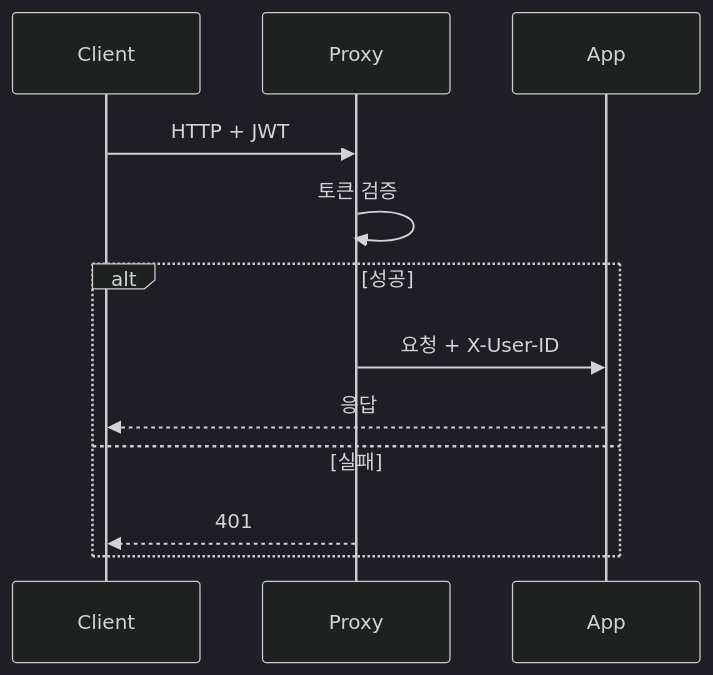
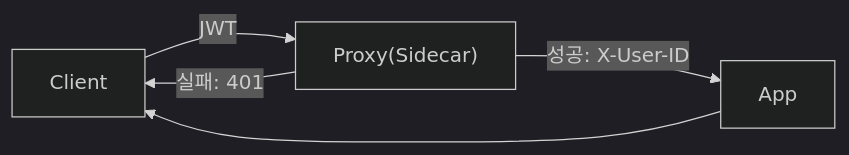
Before and after one commit to yjkim2015/yjkim2015.github.io: the fifth of 8 diagrams in _posts/architecture/2026-05-02-sidecar-pattern.md, drawn with Mermaid (dark theme). The commit also changed 163 other files, not shown here.

First line of the commit message:
Mermaid 300개 블록 내용 축소: 5노드 5엣지 이하, 의미 있는 약어

````diff
--- a/_posts/architecture/2026-05-02-sidecar-pattern.md
+++ b/_posts/architecture/2026-05-02-sidecar-pattern.md
@@ -131,14 +131,7 @@
 ```mermaid
-sequenceDiagram
-    participant C as Client
-    participant P as Proxy
-    participant A as App
-    C->>P: HTTP + JWT
-    P->>P: 토큰 검증
-    alt 성공
-        P->>A: 요청 + X-User-ID
-        A-->>C: 응답
-    else 실패
-        P-->>C: 401
-    end
+graph LR
+    C["Client"] -->|"JWT"| P["Proxy(Sidecar)"]
+    P -->|"성공: X-User-ID"| A["App"]
+    A --> C
+    P -->|"실패: 401"| C
 ```
````
